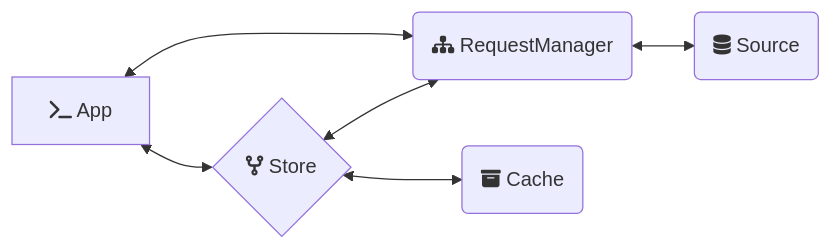
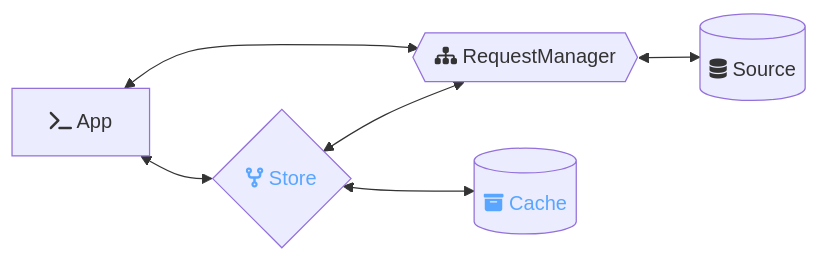
Before and after one commit to emberjs/data: the third of 3 diagrams in packages/request/README.md, drawn with Mermaid. The commit also changed other lines of this file, not shown here.

````diff
--- a/packages/request/README.md
+++ b/packages/request/README.md
@@ -75,8 +79,12 @@
 ```mermaid
 flowchart LR
-    A[fa:fa-terminal App] <--> B(fa:fa-sitemap RequestManager)
-    B <--> C(fa:fa-database Source)
+    A[fa:fa-terminal App] <--> B{{fa:fa-sitemap RequestManager}}
+    B <--> C[(fa:fa-database Source)]
     A <--> D{fa:fa-code-fork Store}
-    D <--> E(fa:fa-archive Cache)
+    D <--> E[(fa:fa-archive Cache)]
     D <--> B
+    click D href "https://github.com/emberjs/data/tree/master/packages/store" "Go to @ember-data/store" _blank
+    click E href "https://github.com/emberjs/data/tree/master/packages/record-data" "Go to @ember-data/record-data" _blank
+    style D color:#58a6ff;
+    style E color:#58a6ff;
 ```
````
